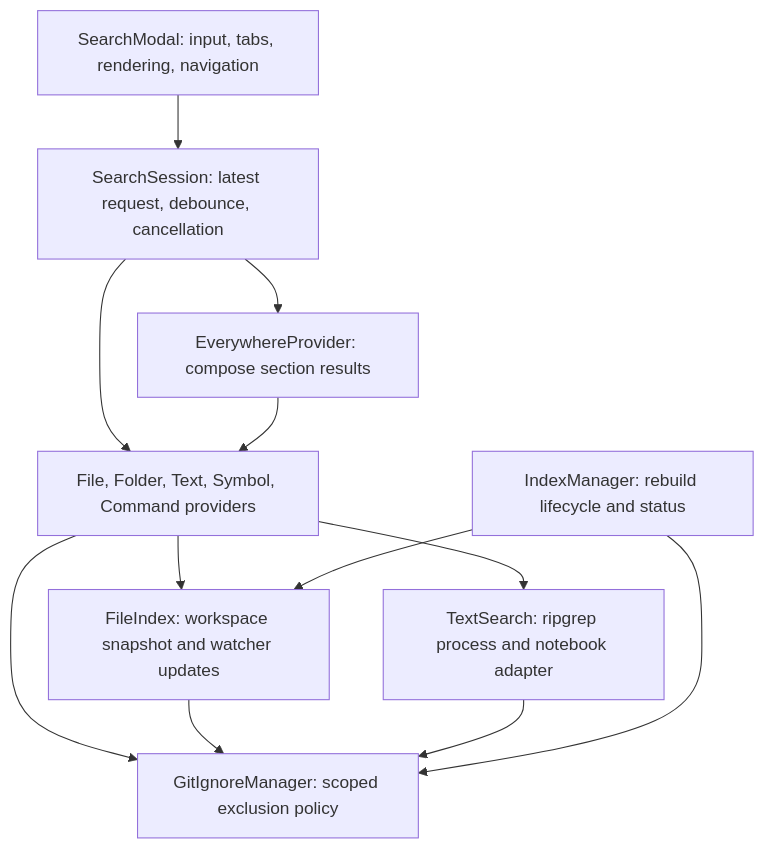
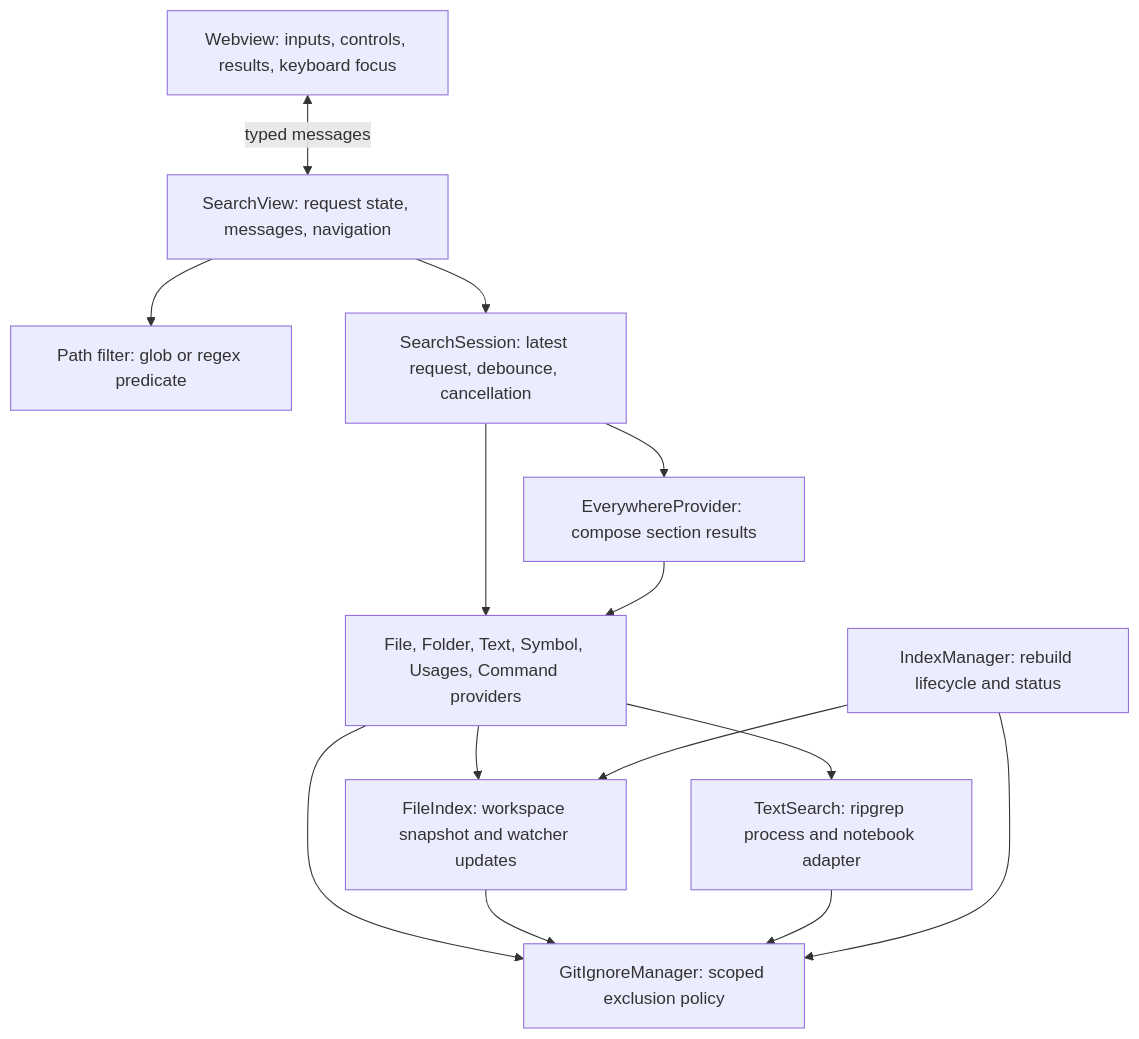
The diagram in ARCHITECTURE.md (expiracy/search-plus-plus), drawn with Mermaid before and after one commit. The commit also changed other lines of this file and 40 other files, not shown here.

Commit message:
Add scoped two-field search and semantic usages

````diff
--- a/ARCHITECTURE.md
+++ b/ARCHITECTURE.md
@@ -11,22 +11,26 @@
 ```mermaid
 flowchart TD
-    UI[SearchModal: input, tabs, rendering, navigation]
+    Client[Webview: inputs, controls, results, keyboard focus]
+    UI[SearchView: request state, messages, navigation]
+    Scope[Path filter: glob or regex predicate]
     Session[SearchSession: latest request, debounce, cancellation]
-    Providers[File, Folder, Text, Symbol, Command providers]
+    Providers[File, Folder, Text, Symbol, Usages, Command providers]
     Everywhere[EverywhereProvider: compose section results]
     Index[FileIndex: workspace snapshot and watcher updates]
     Rules[GitIgnoreManager: scoped exclusion policy]
     Text[TextSearch: ripgrep process and notebook adapter]
     Lifecycle[IndexManager: rebuild lifecycle and status]
+    Client <-->|typed messages| UI
+    UI --> Scope
     UI --> Session
     Session --> Providers
     Session --> Everywhere
     Everywhere --> Providers
     Providers --> Index
     Providers --> Text
     Providers --> Rules
     Index --> Rules
     Text --> Rules
     Lifecycle --> Index
     Lifecycle --> Rules
 ```
````
